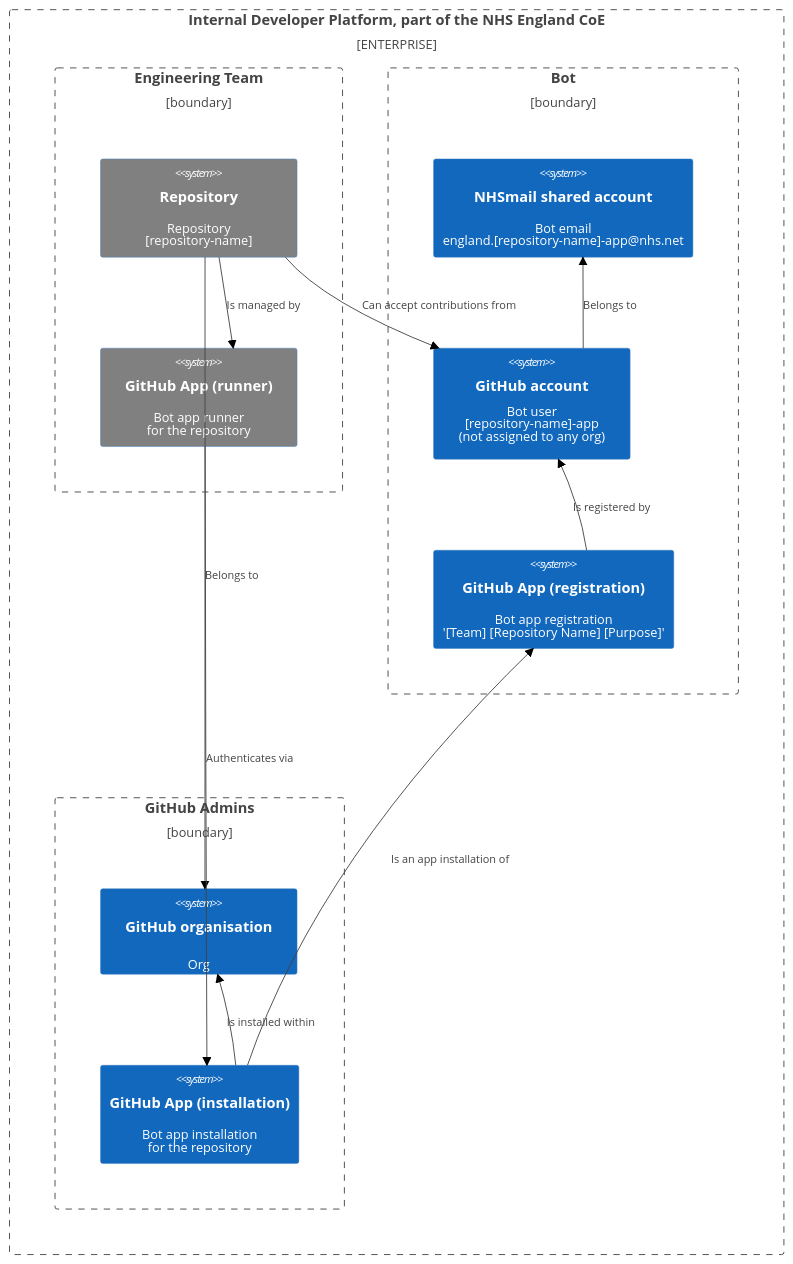
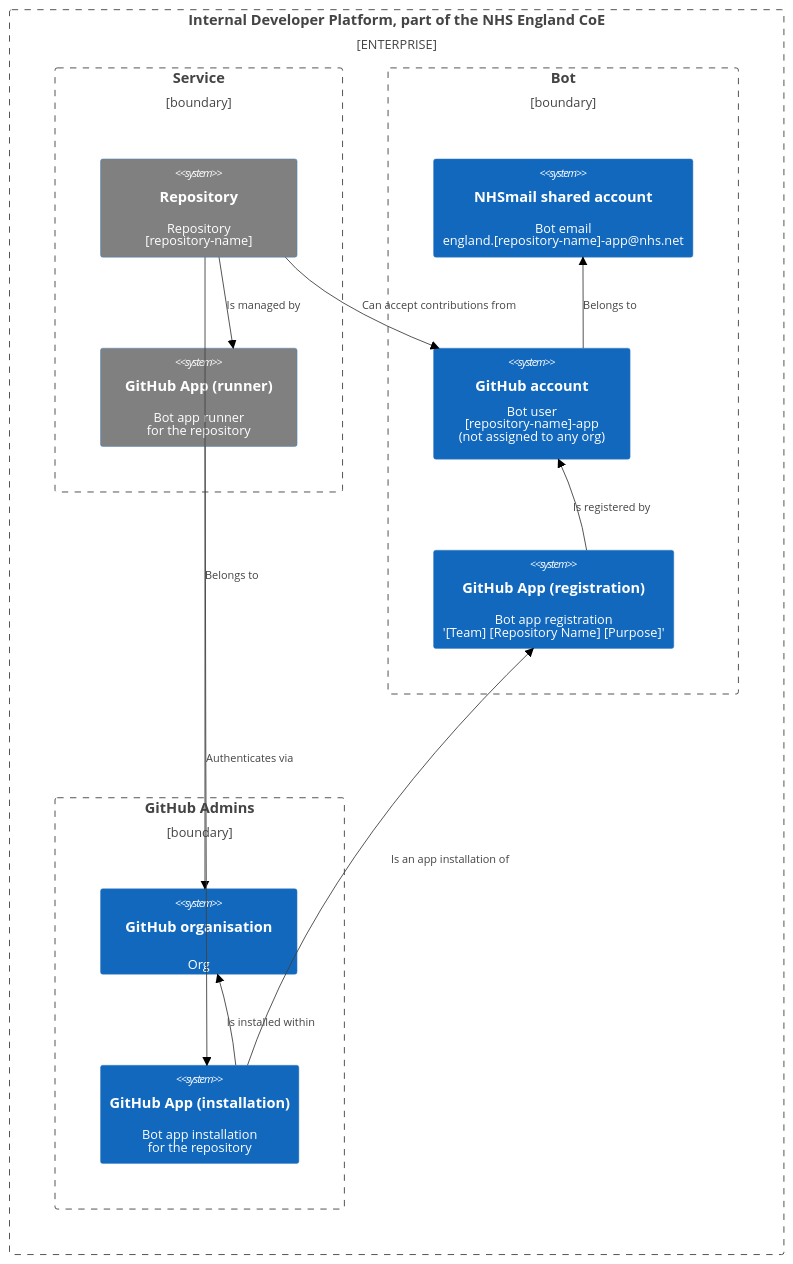
Before and after one commit to nhs-england-tools/repository-template: the first of 2 diagrams in docs/adr/ADR-003_Acceptable_use_of_GitHub_PAT_and_Apps_for_authN_and_authZ.md, drawn with Mermaid (neutral theme). The commit also changed other lines of this file and 8 other files, not shown here.

````diff
--- a/docs/adr/ADR-003_Acceptable_use_of_GitHub_PAT_and_Apps_for_authN_and_authZ.md
+++ b/docs/adr/ADR-003_Acceptable_use_of_GitHub_PAT_and_Apps_for_authN_and_authZ.md
@@ -163,33 +163,33 @@
 ```mermaid
 C4Context
   Enterprise_Boundary(b0, "Internal Developer Platform, part of the NHS England CoE") {
 
-    Boundary(b1, "Engineering Team", "boundary") {
+    Boundary(b1, "Service", "boundary") {
       System(repo, "Repository", "Repository<br>[repository-name]")
       System(github_app_runner, "GitHub App (runner)", "Bot app runner<br>for the repository")
     }
     Rel(repo, github_app_runner, "Is managed by")
 
     Boundary(b2, "Bot", "boundary") {
       System(email_account, "NHSmail shared account", "Bot email<br>england.[repository-name]-app@nhs.net")
       System(github_account, "GitHub account", "Bot user<br>[repository-name]-app<br>(not assigned to any org)")
       System(github_app_registration, "GitHub App (registration)", "Bot app registration<br>'[Team] [Repository Name] [Purpose]'")
     }
     Rel(github_account, email_account, "Belongs to")
     Rel(github_app_registration, github_account, "Is registered by")
 
     Boundary(b3, "GitHub Admins", "boundary") {
       System(github_org, "GitHub organisation", "Org")
       System(github_app_installation, "GitHub App (installation)", "Bot app installation<br>for the repository")
     }
     Rel(github_app_installation, github_org, "Is installed within")
 
     Rel(repo, github_org, "Belongs to")
     Rel(repo, github_account, "Can accept contributions from")
     Rel(github_app_runner, github_app_installation, "Authenticates via")
     Rel(github_app_installation, github_app_registration, "Is an app installation of")
 
     UpdateElementStyle(repo, $bgColor="grey")
     UpdateElementStyle(github_app_runner, $bgColor="grey")
   }
 ```
````
